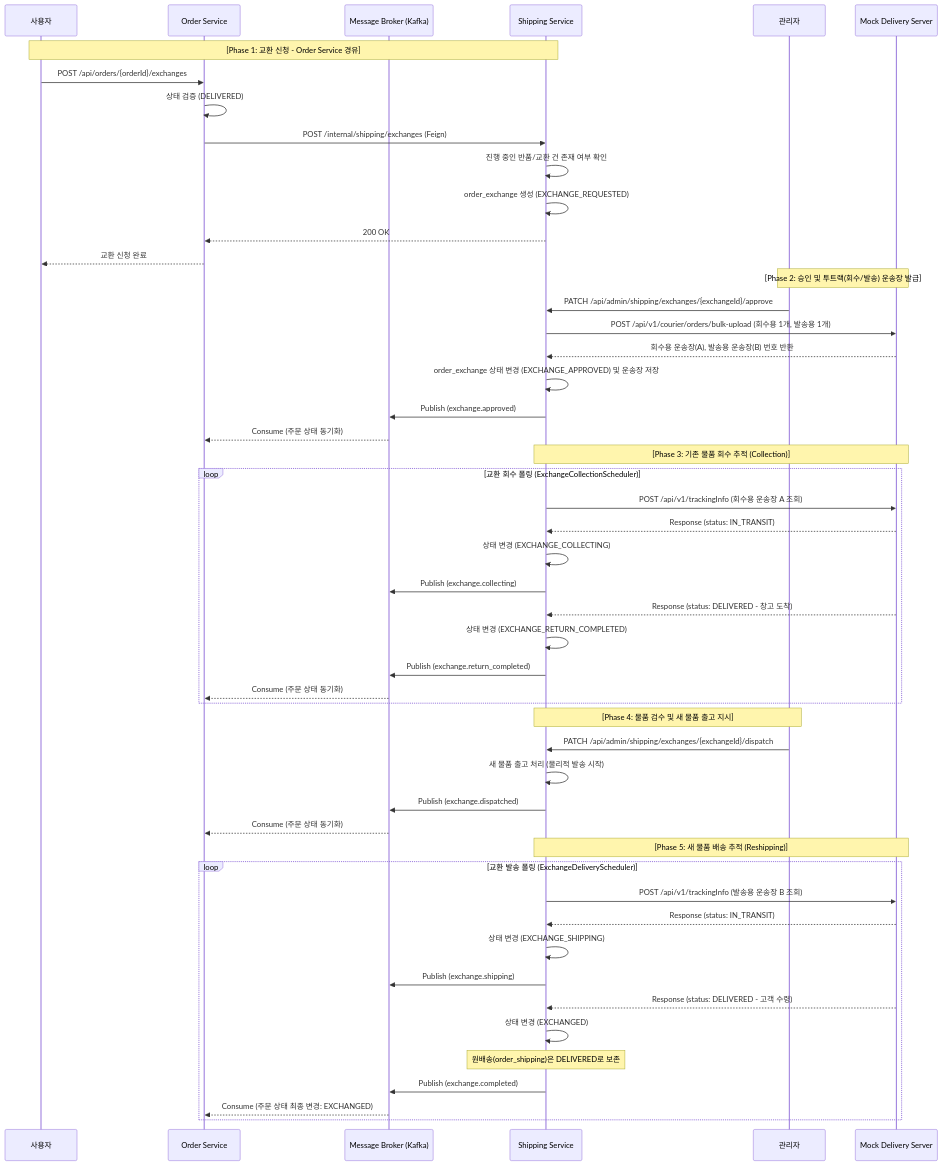
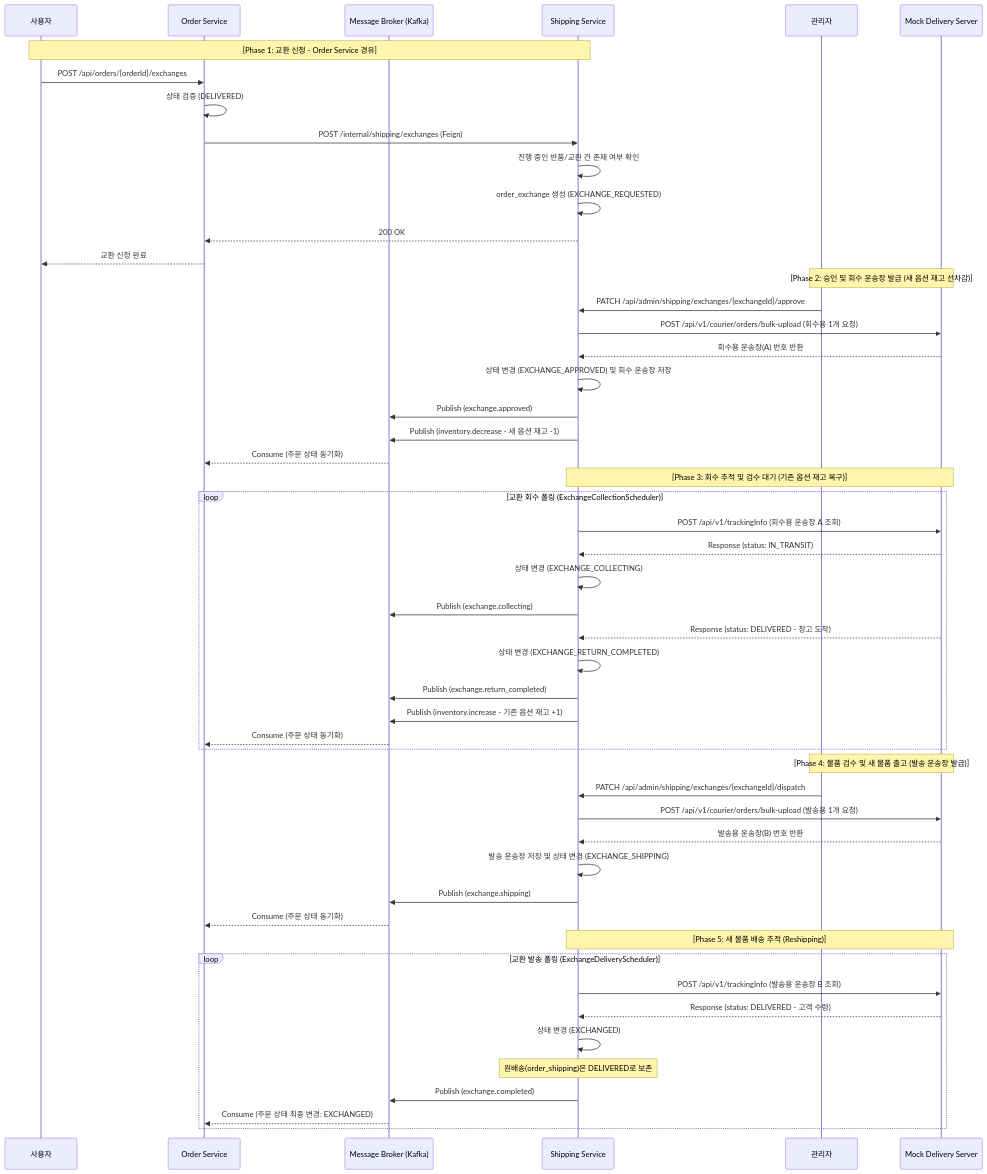
One commit to gr1993/ecommerce-msa changed the fourth of 4 diagrams in service/shipping-service/README.md. Above: the diagram before and after it, drawn with Mermaid. The commit also changed other lines of this file, not shown here.

Commit message:
docs(shipping): README에 교환 프로세스 시퀀스 다이어그램 수정

````diff
--- a/service/shipping-service/README.md
+++ b/service/shipping-service/README.md
@@ -252,59 +252,59 @@
 ```mermaid
 sequenceDiagram
     participant User as 사용자
     participant Order as Order Service
     participant Broker as Message Broker (Kafka)
     participant Ship as Shipping Service
     participant Admin as 관리자
     participant Mock as Mock Delivery Server
 
     Note over User, Ship: [Phase 1: 교환 신청 - Order Service 경유]
     User->>Order: POST /api/orders/{orderId}/exchanges
     Order->>Order: 상태 검증 (DELIVERED)
     Order->>Ship: POST /internal/shipping/exchanges (Feign)
     Ship->>Ship: 진행 중인 반품/교환 건 존재 여부 확인
     Ship->>Ship: order_exchange 생성 (EXCHANGE_REQUESTED)
     Ship-->>Order: 200 OK
     Order-->>User: 교환 신청 완료
 
-    Note over Admin, Mock: [Phase 2: 승인 및 투트랙(회수/발송) 운송장 발급]
+    Note over Admin, Mock: [Phase 2: 승인 및 회수 운송장 발급 (새 옵션 재고 선차감)]
     Admin->>Ship: PATCH /api/admin/shipping/exchanges/{exchangeId}/approve
-    Ship->>Mock: POST /api/v1/courier/orders/bulk-upload (회수용 1개, 발송용 1개)
-    Mock-->>Ship: 회수용 운송장(A), 발송용 운송장(B) 번호 반환
-    Ship->>Ship: order_exchange 상태 변경 (EXCHANGE_APPROVED) 및 운송장 저장
+    Ship->>Mock: POST /api/v1/courier/orders/bulk-upload (회수용 1개 요청)
+    Mock-->>Ship: 회수용 운송장(A) 번호 반환
+    Ship->>Ship: 상태 변경 (EXCHANGE_APPROVED) 및 회수 운송장 저장
     Ship->>Broker: Publish (exchange.approved)
+    Ship->>Broker: Publish (inventory.decrease - 새 옵션 재고 -1)
     Broker-->>Order: Consume (주문 상태 동기화)
 
-    Note over Ship, Mock: [Phase 3: 기존 물품 회수 추적 (Collection)]
+    Note over Ship, Mock: [Phase 3: 회수 추적 및 검수 대기 (기존 옵션 재고 복구)]
     loop 교환 회수 폴링 (ExchangeCollectionScheduler)
         Ship->>Mock: POST /api/v1/trackingInfo (회수용 운송장 A 조회)
         Mock-->>Ship: Response (status: IN_TRANSIT)
         Ship->>Ship: 상태 변경 (EXCHANGE_COLLECTING)
         Ship->>Broker: Publish (exchange.collecting)
         
         Mock-->>Ship: Response (status: DELIVERED - 창고 도착)
         Ship->>Ship: 상태 변경 (EXCHANGE_RETURN_COMPLETED)
         Ship->>Broker: Publish (exchange.return_completed)
+        Ship->>Broker: Publish (inventory.increase - 기존 옵션 재고 +1)
         Broker-->>Order: Consume (주문 상태 동기화)
     end
 
-    Note over Admin, Ship: [Phase 4: 물품 검수 및 새 물품 출고 지시]
+    Note over Admin, Mock: [Phase 4: 물품 검수 및 새 물품 출고 (발송 운송장 발급)]
     Admin->>Ship: PATCH /api/admin/shipping/exchanges/{exchangeId}/dispatch
-    Ship->>Ship: 새 물품 출고 처리 (물리적 발송 시작)
-    Ship->>Broker: Publish (exchange.dispatched)
+    Ship->>Mock: POST /api/v1/courier/orders/bulk-upload (발송용 1개 요청)
+    Mock-->>Ship: 발송용 운송장(B) 번호 반환
+    Ship->>Ship: 발송 운송장 저장 및 상태 변경 (EXCHANGE_SHIPPING)
+    Ship->>Broker: Publish (exchange.shipping)
     Broker-->>Order: Consume (주문 상태 동기화)
 
     Note over Ship, Mock: [Phase 5: 새 물품 배송 추적 (Reshipping)]
     loop 교환 발송 폴링 (ExchangeDeliveryScheduler)
         Ship->>Mock: POST /api/v1/trackingInfo (발송용 운송장 B 조회)
-        Mock-->>Ship: Response (status: IN_TRANSIT)
-        Ship->>Ship: 상태 변경 (EXCHANGE_SHIPPING)
-        Ship->>Broker: Publish (exchange.shipping)
-        
         Mock-->>Ship: Response (status: DELIVERED - 고객 수령)
         Ship->>Ship: 상태 변경 (EXCHANGED)
         Note over Ship: 원배송(order_shipping)은 DELIVERED로 보존
         Ship->>Broker: Publish (exchange.completed)
         Broker-->>Order: Consume (주문 상태 최종 변경: EXCHANGED)
     end
 ```
````
